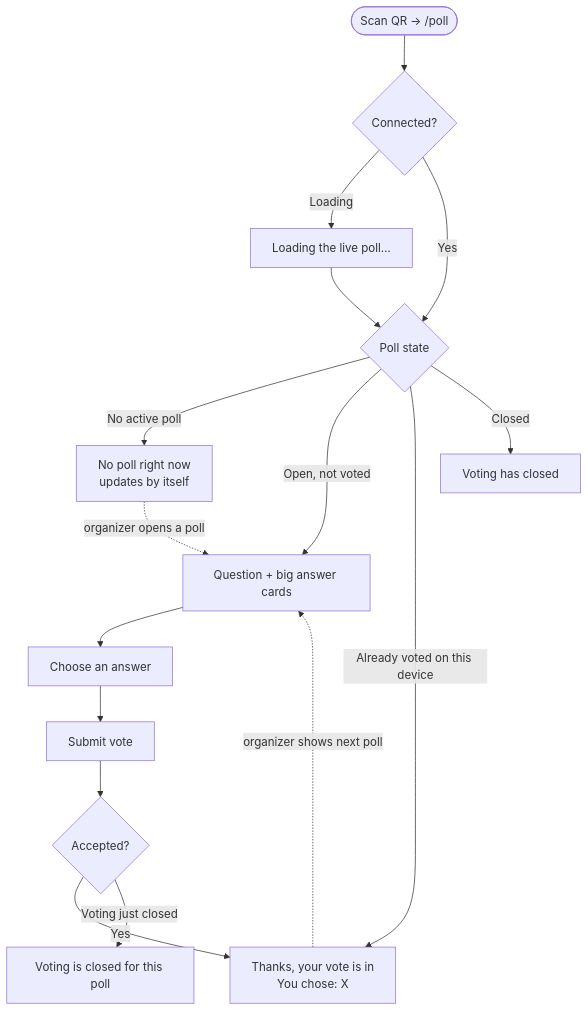
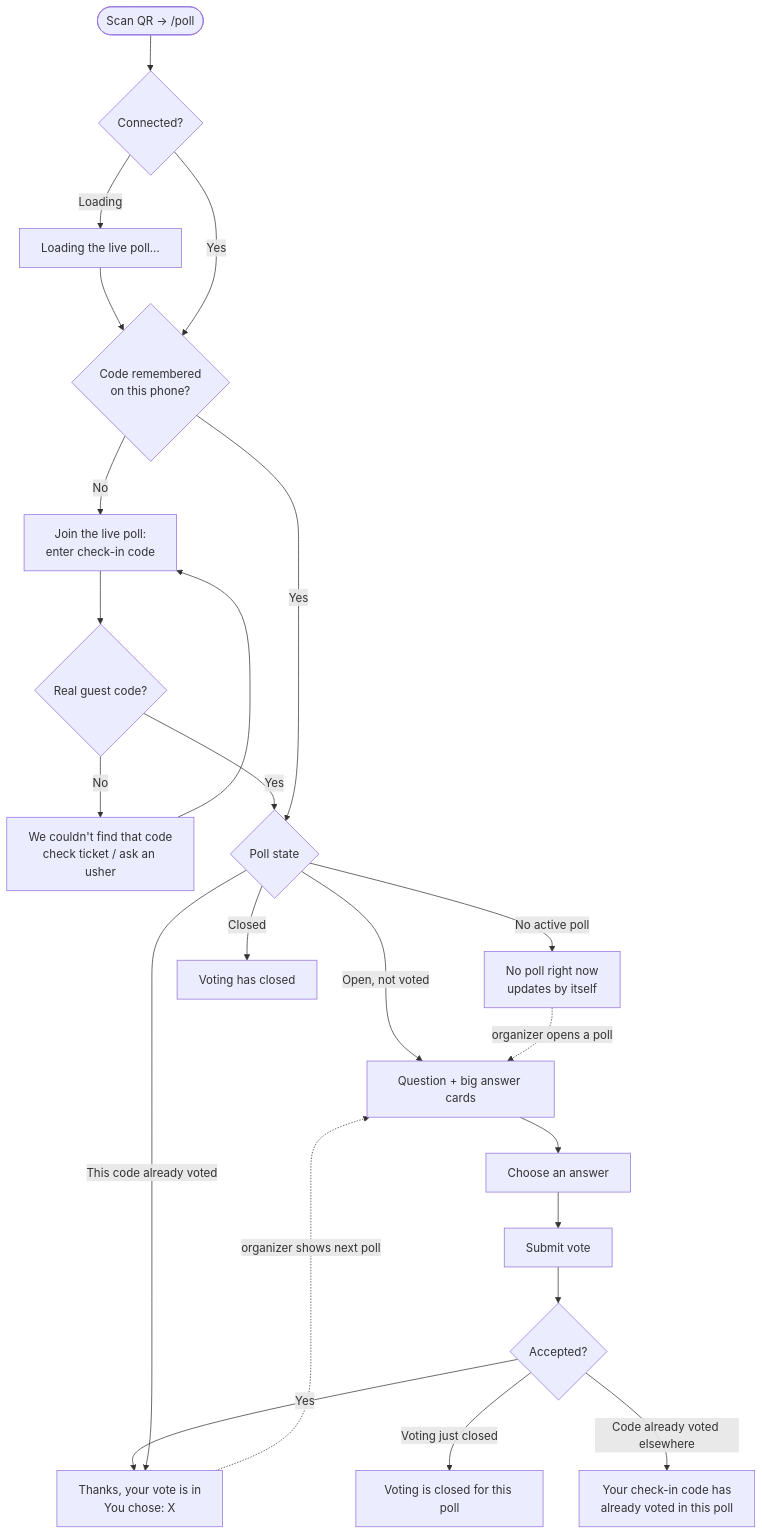
Before and after one commit to iankaranja13/Oxygene-Assessment: the second of 3 diagrams in docs/UX.md, drawn with Mermaid. The commit also changed other lines of this file and 4 other files, not shown here.

````diff
--- a/docs/UX.md
+++ b/docs/UX.md
@@ -53,18 +53,24 @@
 ```mermaid
 flowchart TD
     A([Scan QR → /poll]) --> B{Connected?}
     B -- Loading --> C[Loading the live poll…]
-    C --> D
-    B -- Yes --> D{Poll state}
+    C --> P
+    B -- Yes --> P{Code remembered<br/>on this phone?}
+    P -- No --> Q[Join the live poll:<br/>enter check-in code]
+    Q --> R{Real guest code?}
+    R -- No --> S[We couldn't find that code<br/>check ticket / ask an usher] --> Q
+    R -- Yes --> D
+    P -- Yes --> D{Poll state}
     D -- No active poll --> E[No poll right now<br/>updates by itself]
     D -- Open, not voted --> F[Question + big answer cards]
     F --> G[Choose an answer]
     G --> H[Submit vote]
     H --> I{Accepted?}
     I -- Yes --> J[Thanks, your vote is in<br/>You chose: X]
     I -- Voting just closed --> K[Voting is closed for this poll]
-    D -- Already voted on this device --> J
+    I -- Code already voted elsewhere --> J2[Your check-in code has<br/>already voted in this poll]
+    D -- This code already voted --> J
     D -- Closed --> L[Voting has closed]
     E -. organizer opens a poll .-> F
     J -. organizer shows next poll .-> F
 ```
````
